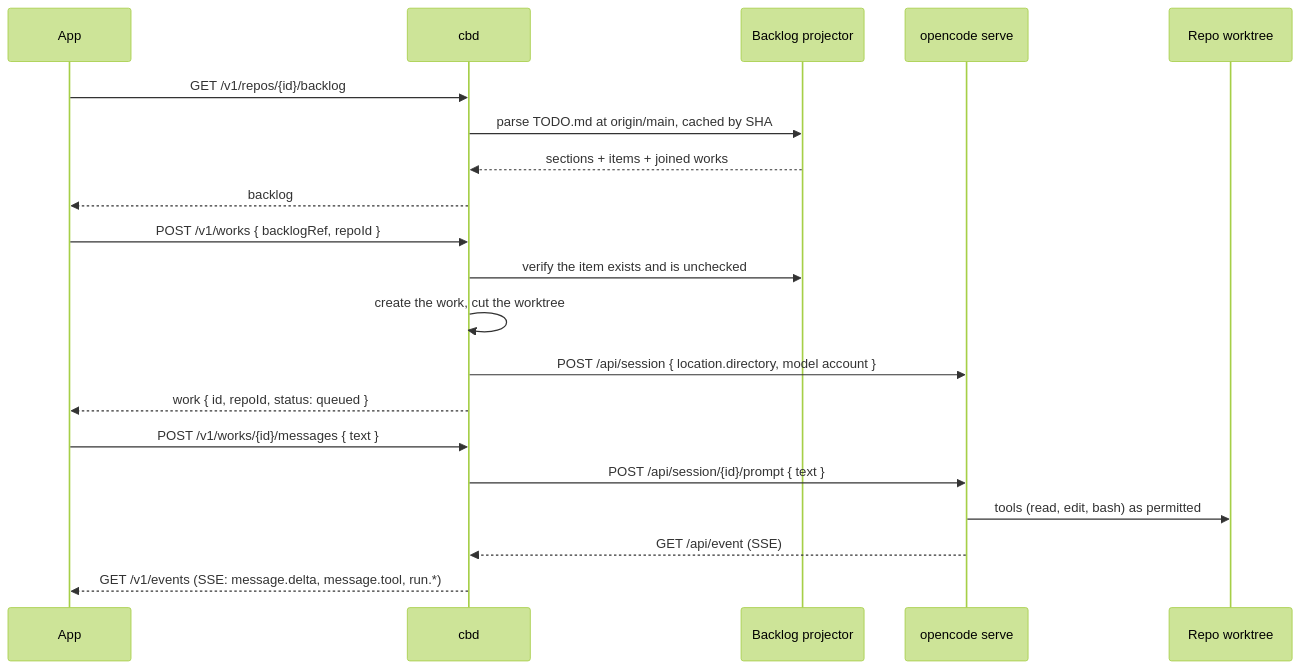
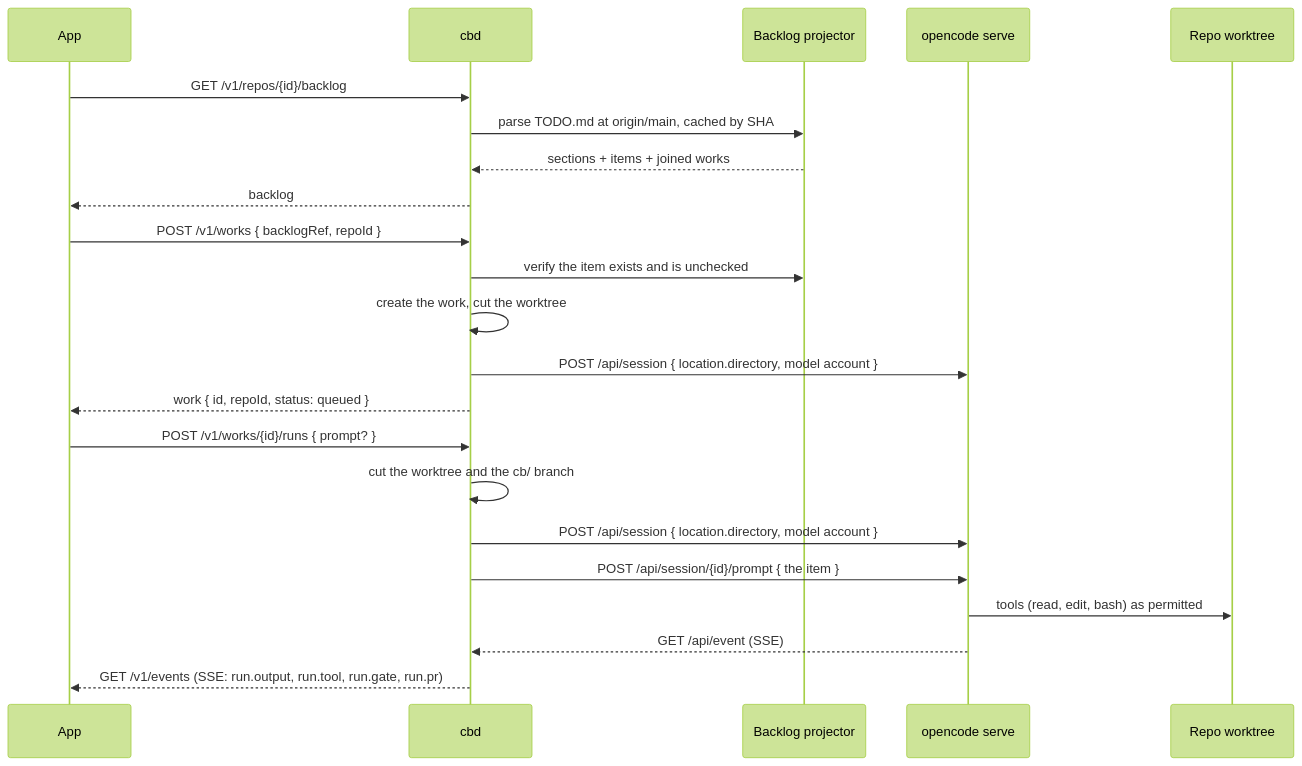
One commit to danihp6/codebox changed the third of 5 diagrams in docs/architecture.md. Above: the diagram before and after it, drawn with Mermaid (forest theme). The commit also changed other lines of this file and 10 other files, not shown here.

````diff
--- a/docs/architecture.md
+++ b/docs/architecture.md
@@ -242,23 +243,25 @@
 ```mermaid
 sequenceDiagram
   participant A as App
   participant D as cbd
   participant B as Backlog projector
   participant O as opencode serve
   participant R as Repo worktree
 
   A->>D: GET /v1/repos/{id}/backlog
   D->>B: parse TODO.md at origin/main, cached by SHA
   B-->>D: sections + items + joined works
   D-->>A: backlog
   A->>D: POST /v1/works { backlogRef, repoId }
   D->>B: verify the item exists and is unchecked
   D->>D: create the work, cut the worktree
   D->>O: POST /api/session { location.directory, model account }
   D-->>A: work { id, repoId, status: queued }
-  A->>D: POST /v1/works/{id}/messages { text }
-  D->>O: POST /api/session/{id}/prompt { text }
+  A->>D: POST /v1/works/{id}/runs { prompt? }
+  D->>D: cut the worktree and the cb/ branch
+  D->>O: POST /api/session { location.directory, model account }
+  D->>O: POST /api/session/{id}/prompt { the item }
   O->>R: tools (read, edit, bash) as permitted
   O-->>D: GET /api/event (SSE)
-  D-->>A: GET /v1/events (SSE: message.delta, message.tool, run.*)
+  D-->>A: GET /v1/events (SSE: run.output, run.tool, run.gate, run.pr)
 ```
````
